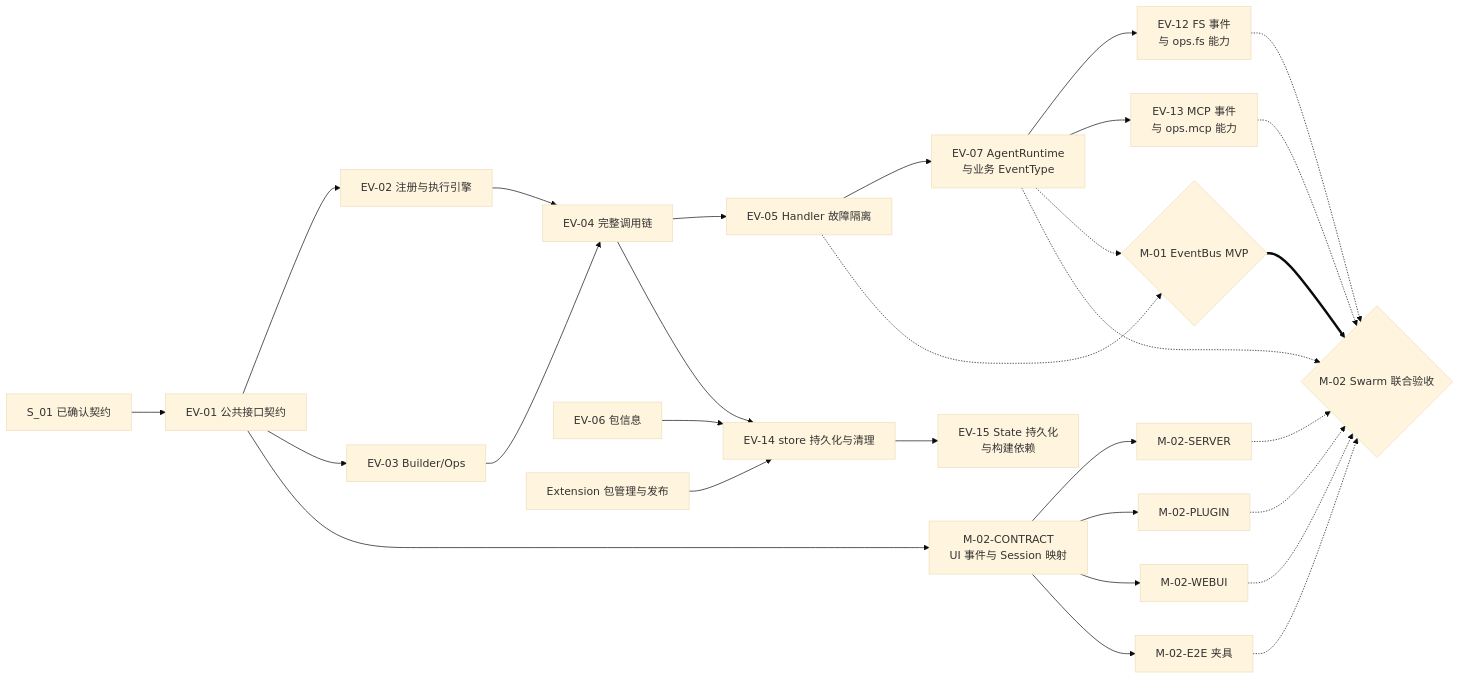
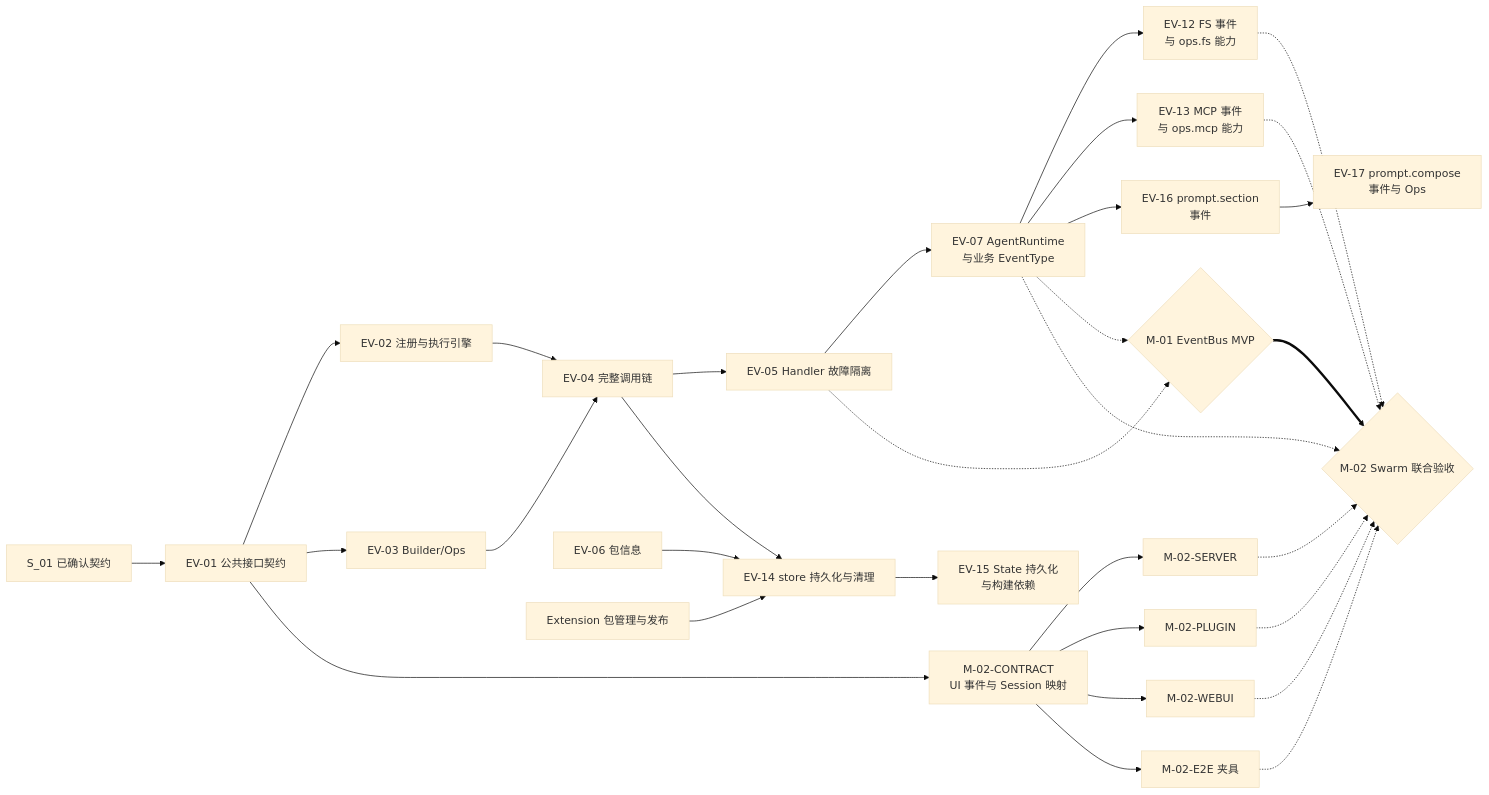
Before and after one commit to openJiuwen-ai/agent-core: the diagram in openjiuwen/core/events/docs/designs/events-development-plan.md, drawn with Mermaid (base theme). The commit also changed other lines of this file and 13 other files, not shown here.

First line of the commit message:
feat(events): add prompt compose and section events

````diff
--- a/openjiuwen/core/events/docs/designs/events-development-plan.md
+++ b/openjiuwen/core/events/docs/designs/events-development-plan.md
@@ -201,34 +217,36 @@
 ```mermaid
 flowchart LR
     S01["S_01 已确认契约"] --> EV01["EV-01 公共接口契约"]
     EV01 --> EV02["EV-02 注册与执行引擎"]
     EV01 --> EV03["EV-03 Builder/Ops"]
     EV02 --> EV04["EV-04 完整调用链"]
     EV03 --> EV04
     EV04 --> EV05["EV-05 Handler 故障隔离"]
     EV05 --> EV07["EV-07 AgentRuntime\n与业务 EventType"]
     EV07 --> EV12["EV-12 FS 事件\n与 ops.fs 能力"]
     EV07 --> EV13["EV-13 MCP 事件\n与 ops.mcp 能力"]
 
     EV04 --> EV14["EV-14 store 持久化与清理"]
     EV14 --> EV15["EV-15 State 持久化\n与构建依赖"]
+    EV07 --> EV16["EV-16 prompt.section\n事件"]
+    EV16 --> EV17["EV-17 prompt.compose\n事件与 Ops"]
     PackageOps["EV-06 包信息"] --> EV14
     Extension["Extension 包管理与发布"] --> EV14
 
     EV01 --> Contract["M-02-CONTRACT\nUI 事件与 Session 映射"]
     Contract --> Server["M-02-SERVER"]
     Contract --> Plugin["M-02-PLUGIN"]
     Contract --> WebUI["M-02-WEBUI"]
     Contract --> E2E["M-02-E2E 夹具"]
 
     EV05 -.-> M01{"M-01 EventBus MVP"}
     EV07 -.-> M01
     EV07 -.-> M02
     EV12 -.-> M02
     EV13 -.-> M02
     M01 ==> M02{"M-02 Swarm 联合验收"}
     Server -.-> M02
     Plugin -.-> M02
     WebUI -.-> M02
     E2E -.-> M02
 ```
````
